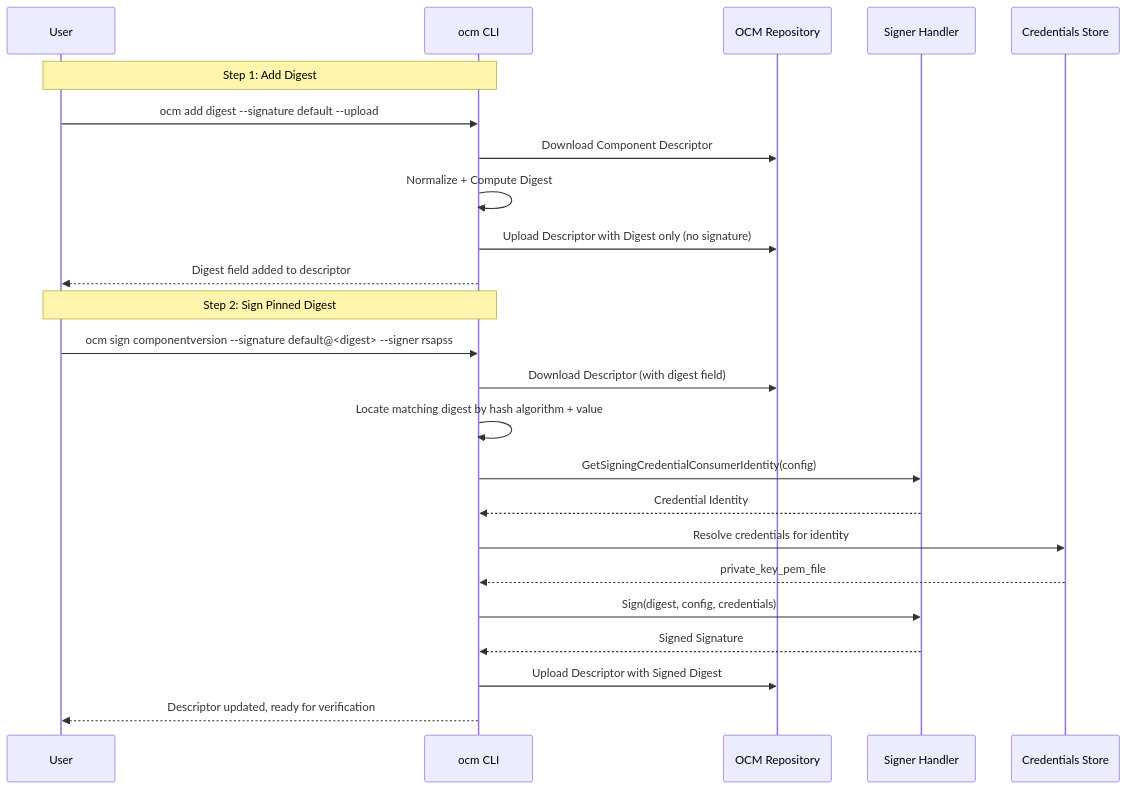
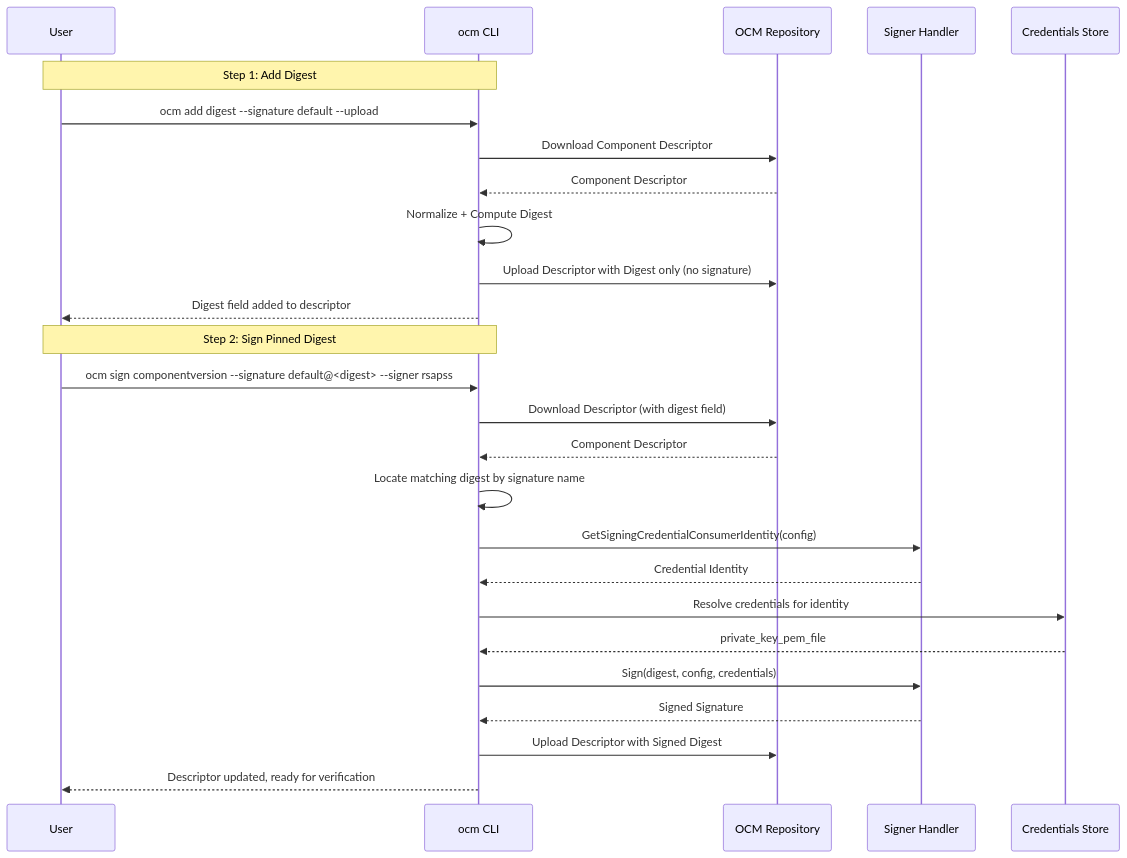
One commit to open-component-model/open-component-model changed the first of 3 diagrams in docs/adr/0008_signing_verification.md. Above: the diagram before and after it, drawn with Mermaid. The commit also changed other lines of this file, not shown here.

````diff
--- a/docs/adr/0008_signing_verification.md
+++ b/docs/adr/0008_signing_verification.md
@@ -84,28 +85,30 @@
 ```mermaid
 sequenceDiagram
     participant U as User
     participant CLI as ocm CLI
     participant Repo as OCM Repository
     participant Handler as Signer Handler
     participant Creds as Credentials Store
 
     Note over U,CLI: Step 1: Add Digest
     U->>CLI: ocm add digest --signature default --upload
     CLI->>Repo: Download Component Descriptor
+    Repo-->>CLI: Component Descriptor
     CLI->>CLI: Normalize + Compute Digest
     CLI->>Repo: Upload Descriptor with Digest only (no signature)
     CLI-->>U: Digest field added to descriptor
 
     Note over U,CLI: Step 2: Sign Pinned Digest
     U->>CLI: ocm sign componentversion --signature default@<digest> --signer rsapss
     CLI->>Repo: Download Descriptor (with digest field)
-    CLI->>CLI: Locate matching digest by hash algorithm + value
+    Repo-->>CLI: Component Descriptor
+    CLI->>CLI: Locate matching digest by signature name
     CLI->>Handler: GetSigningCredentialConsumerIdentity(config)
     Handler-->>CLI: Credential Identity
     CLI->>Creds: Resolve credentials for identity
     Creds-->>CLI: private_key_pem_file
     CLI->>Handler: Sign(digest, config, credentials)
     Handler-->>CLI: Signed Signature
     CLI->>Repo: Upload Descriptor with Signed Digest
     CLI-->>U: Descriptor updated, ready for verification
 ```
````
